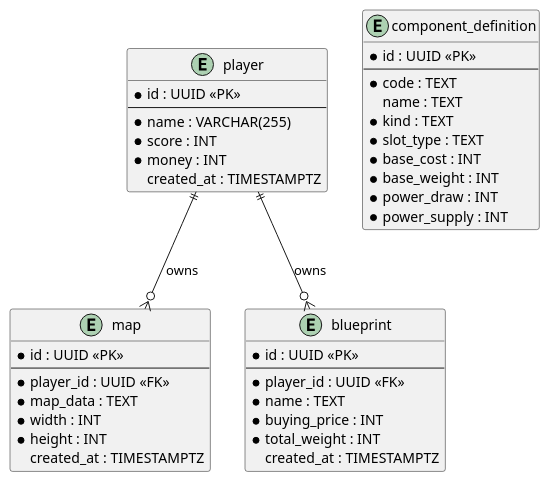
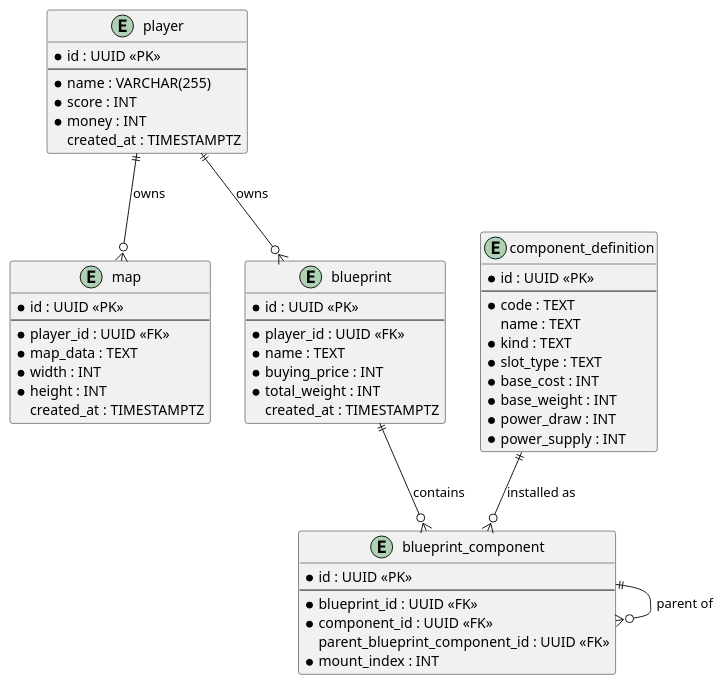
Before and after one commit to anhoppe/tank-wars: the diagram in doc/arc42/08_crosscutting_concepts/08_01_database_layout.md, drawn with PlantUML. The commit also changed other lines of this file and 12 other files, not shown here.

````diff
--- a/doc/arc42/08_crosscutting_concepts/08_01_database_layout.md
+++ b/doc/arc42/08_crosscutting_concepts/08_01_database_layout.md
@@ -19,50 +19,62 @@
 ```plantuml
 @startuml db_layout
 
 entity player {
   * id : UUID <<PK>>
   --
   * name : VARCHAR(255)
   * score : INT
   * money : INT
   created_at : TIMESTAMPTZ
 }
 
 entity map {
   * id : UUID <<PK>>
   --
   * player_id : UUID <<FK>>
   * map_data : TEXT
   * width : INT
   * height : INT
   created_at : TIMESTAMPTZ
 }
 
 entity blueprint {
   * id : UUID <<PK>>
   --
   * player_id : UUID <<FK>>
   * name : TEXT
   * buying_price : INT
   * total_weight : INT
   created_at : TIMESTAMPTZ
 }
 
 entity component_definition {
   * id : UUID <<PK>>
   --
   * code : TEXT
   name : TEXT
   * kind : TEXT
   * slot_type : TEXT
   * base_cost : INT
   * base_weight : INT
   * power_draw : INT
   * power_supply : INT
 }
 
+entity blueprint_component {
+  * id : UUID <<PK>>
+  --
+  * blueprint_id : UUID <<FK>>
+  * component_id : UUID <<FK>>
+  parent_blueprint_component_id : UUID <<FK>>
+  * mount_index : INT
+}
+
 player ||--o{ map       : "owns"
 player ||--o{ blueprint : "owns"
+blueprint ||--o{ blueprint_component : "contains"
+component_definition ||--o{ blueprint_component : "installed as"
+blueprint_component ||--o{ blueprint_component : "parent of"
 
 @enduml
 ```
````
